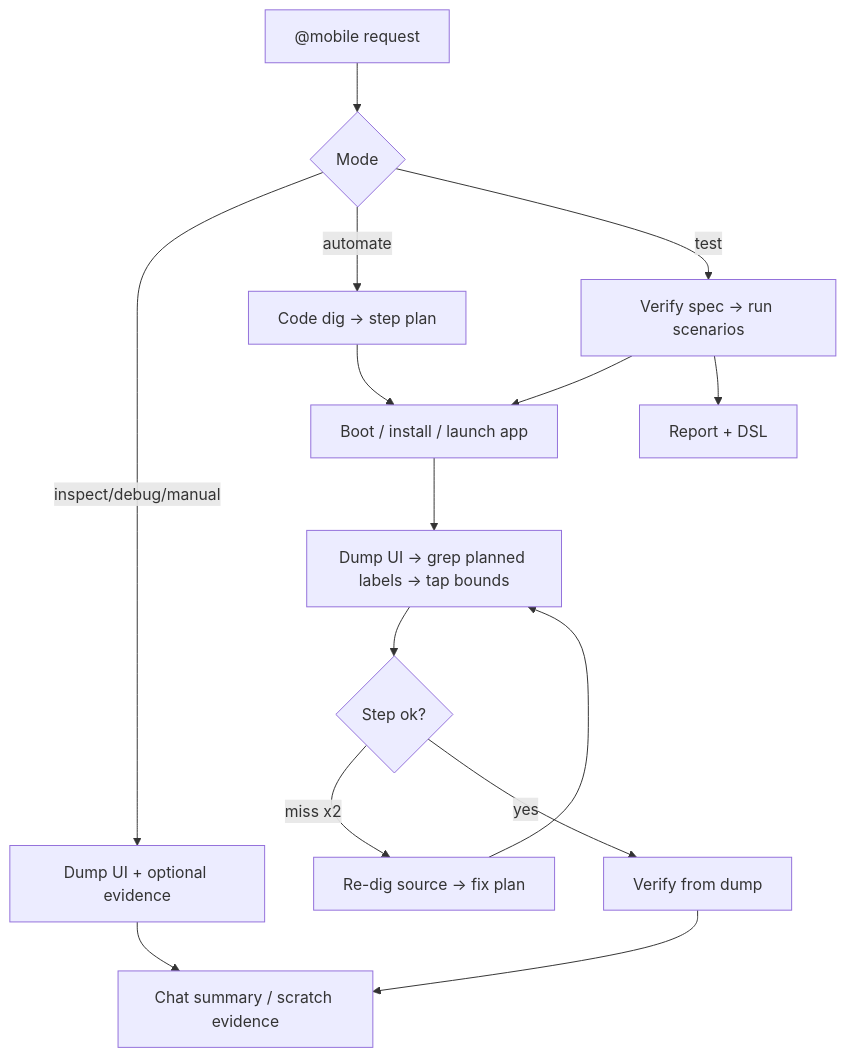
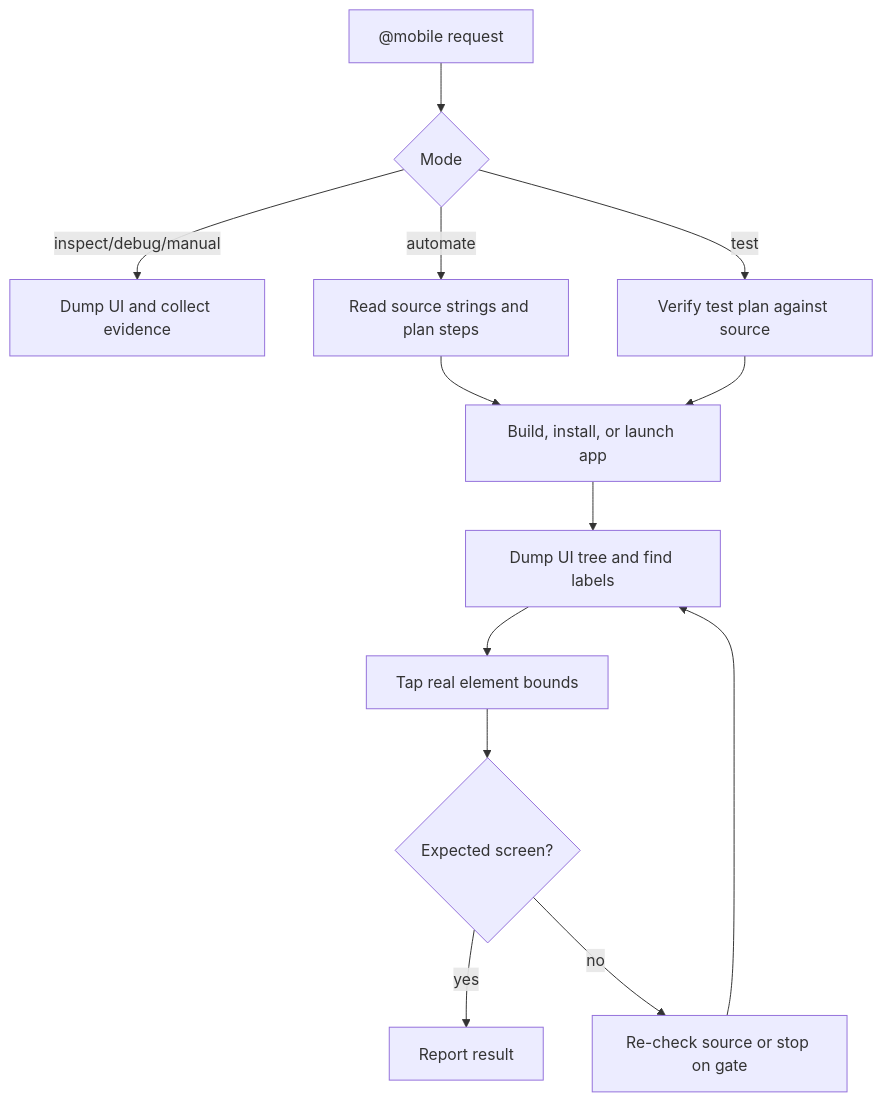
One commit to amirghm/tapwright changed the diagram in README.md. Above: the diagram before and after it, drawn with Mermaid. The commit also changed other lines of this file and 1 other file, not shown here.

````diff
--- a/README.md
+++ b/README.md
@@ -116,17 +127,15 @@
 ```mermaid
 flowchart TD
     A["@mobile request"] --> B{Mode}
-    B -->|inspect/debug/manual| C[Dump UI + optional evidence]
-    B -->|automate| D["Code dig -> step plan"]
-    B -->|test| E["Verify spec -> run scenarios"]
-    D --> F[Boot / install / launch app]
+    B -->|inspect/debug/manual| C[Dump UI and collect evidence]
+    B -->|automate| D["Read source strings and plan steps"]
+    B -->|test| E["Verify test plan against source"]
+    D --> F[Build, install, or launch app]
     E --> F
-    F --> G["Dump UI -> grep planned labels -> tap bounds"]
-    G --> H{Step ok?}
-    H -->|miss x2| I[Re-dig source -> fix plan]
-    I --> G
-    H -->|yes| J[Verify from dump]
-    C --> K[Chat summary / scratch evidence]
-    J --> K
-    E --> L[Report + DSL]
+    F --> G["Dump UI tree and find labels"]
+    G --> H[Tap real element bounds]
+    H --> I{Expected screen?}
+    I -->|yes| J[Report result]
+    I -->|no| K[Re-check source or stop on gate]
+    K --> G
 ```
````
